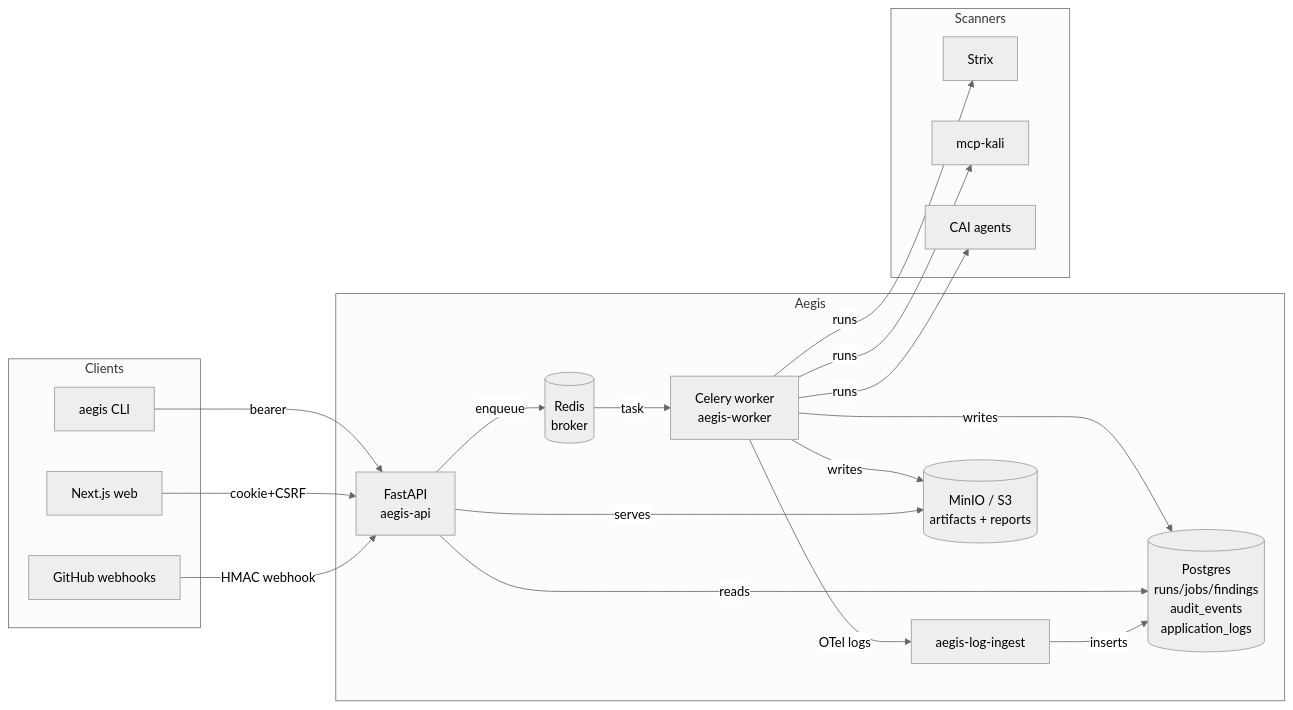
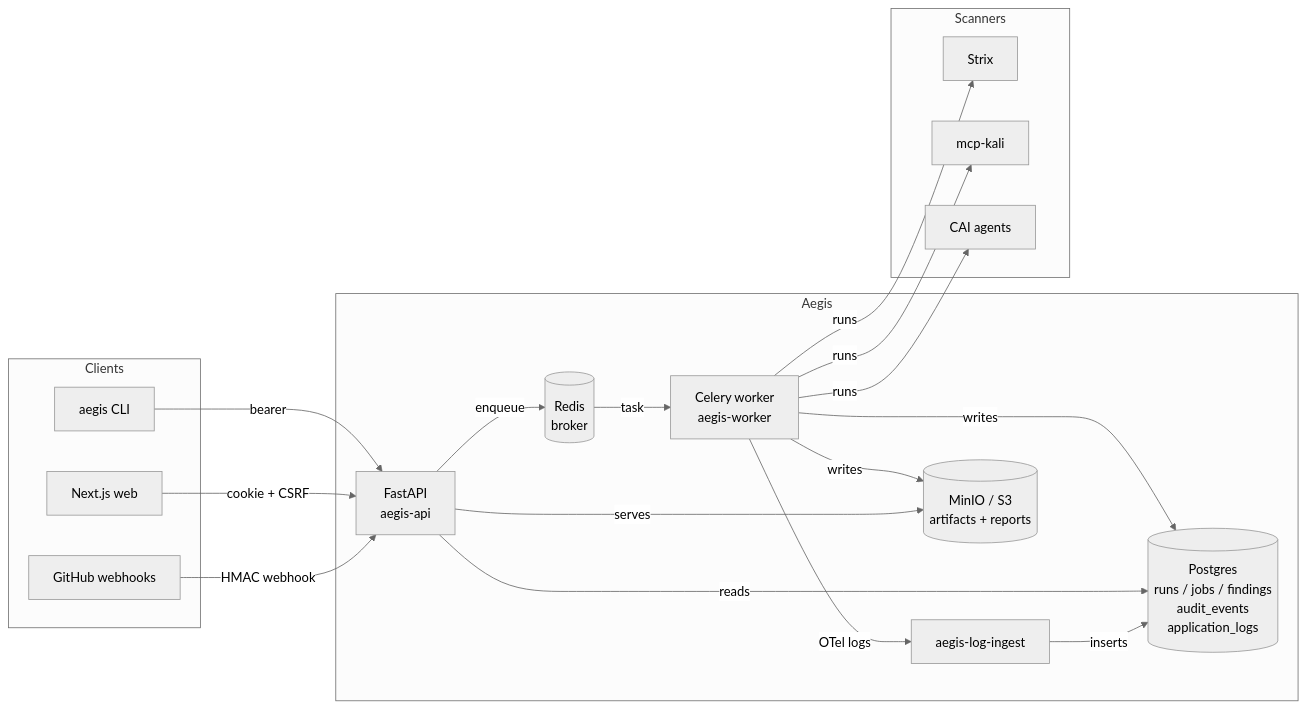
Before and after one commit to IntelliBridge/ndia-red-team-simulator: the diagram in README.md, drawn with Mermaid (neutral theme). The commit also changed 8 other files, not shown here.

First line of the commit message:
mkdocs: fix every mermaid diagram against the Mermaid 11 parser

````diff
--- a/README.md
+++ b/README.md
@@ -118,38 +118,38 @@
 ```mermaid
 flowchart LR
   subgraph Clients
-    CLI[aegis CLI]
-    UI[Next.js web]
-    GH[GitHub webhooks]
+    CLI["aegis CLI"]
+    UI["Next.js web"]
+    GH["GitHub webhooks"]
   end
 
   subgraph Aegis
-    API[FastAPI<br/>aegis-api]
-    W[Celery worker<br/>aegis-worker]
-    LI[aegis-log-ingest]
-    DB[(Postgres<br/>runs/jobs/findings<br/>audit_events<br/>application_logs)]
-    RDS[(Redis<br/>broker)]
-    BLOB[(MinIO / S3<br/>artifacts + reports)]
+    API["FastAPI<br/>aegis-api"]
+    W["Celery worker<br/>aegis-worker"]
+    LI["aegis-log-ingest"]
+    DB[("Postgres<br/>runs / jobs / findings<br/>audit_events<br/>application_logs")]
+    RDS[("Redis<br/>broker")]
+    BLOB[("MinIO / S3<br/>artifacts + reports")]
   end
 
   subgraph Scanners
-    STRIX[Strix]
-    KALI[mcp-kali]
-    CAI[CAI agents]
+    STRIX["Strix"]
+    KALI["mcp-kali"]
+    CAI["CAI agents"]
   end
 
-  CLI --bearer--> API
-  UI  --cookie+CSRF--> API
-  GH  --HMAC webhook--> API
-  API --enqueue--> RDS
-  RDS --task--> W
-  W --runs--> STRIX
-  W --runs--> CAI
-  W --runs--> KALI
-  W --writes--> DB
-  W --writes--> BLOB
-  API --reads--> DB
-  API --serves--> BLOB
-  W --OTel logs--> LI
-  LI --inserts--> DB
+  CLI -- "bearer" --> API
+  UI  -- "cookie + CSRF" --> API
+  GH  -- "HMAC webhook" --> API
+  API -- "enqueue" --> RDS
+  RDS -- "task" --> W
+  W -- "runs" --> STRIX
+  W -- "runs" --> CAI
+  W -- "runs" --> KALI
+  W -- "writes" --> DB
+  W -- "writes" --> BLOB
+  API -- "reads" --> DB
+  API -- "serves" --> BLOB
+  W -- "OTel logs" --> LI
+  LI -- "inserts" --> DB
 ```
````
